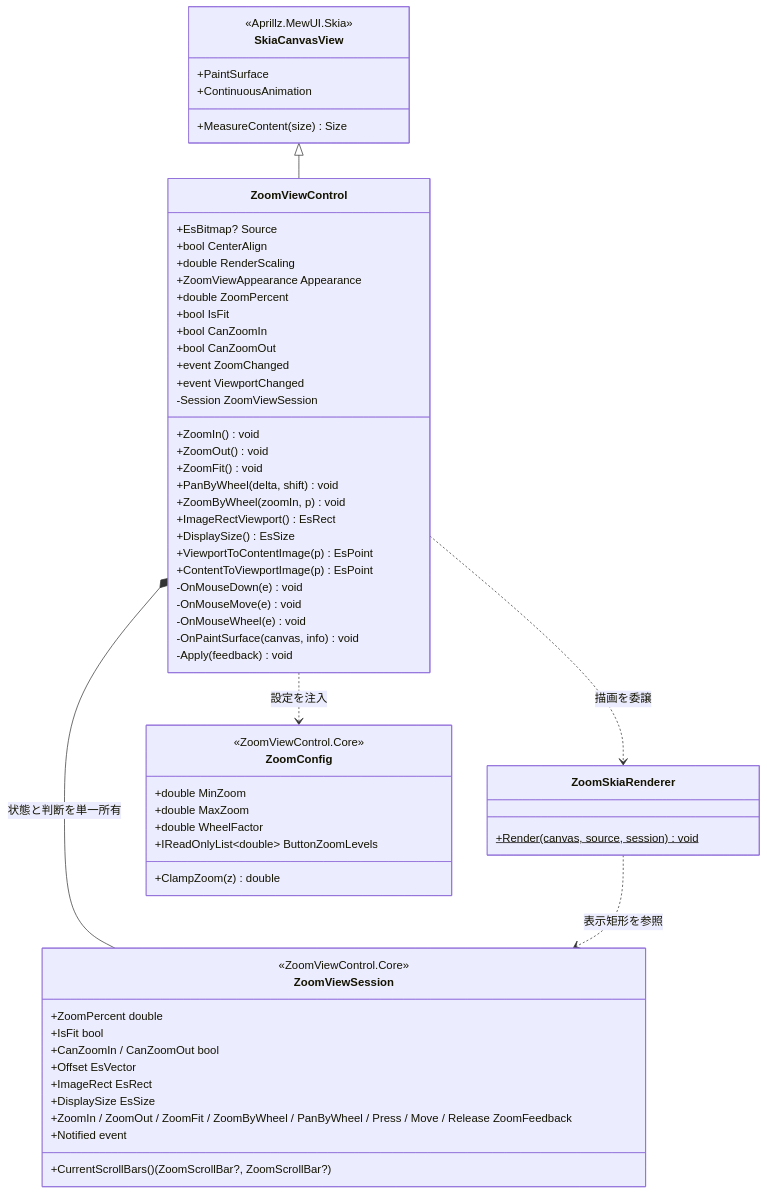
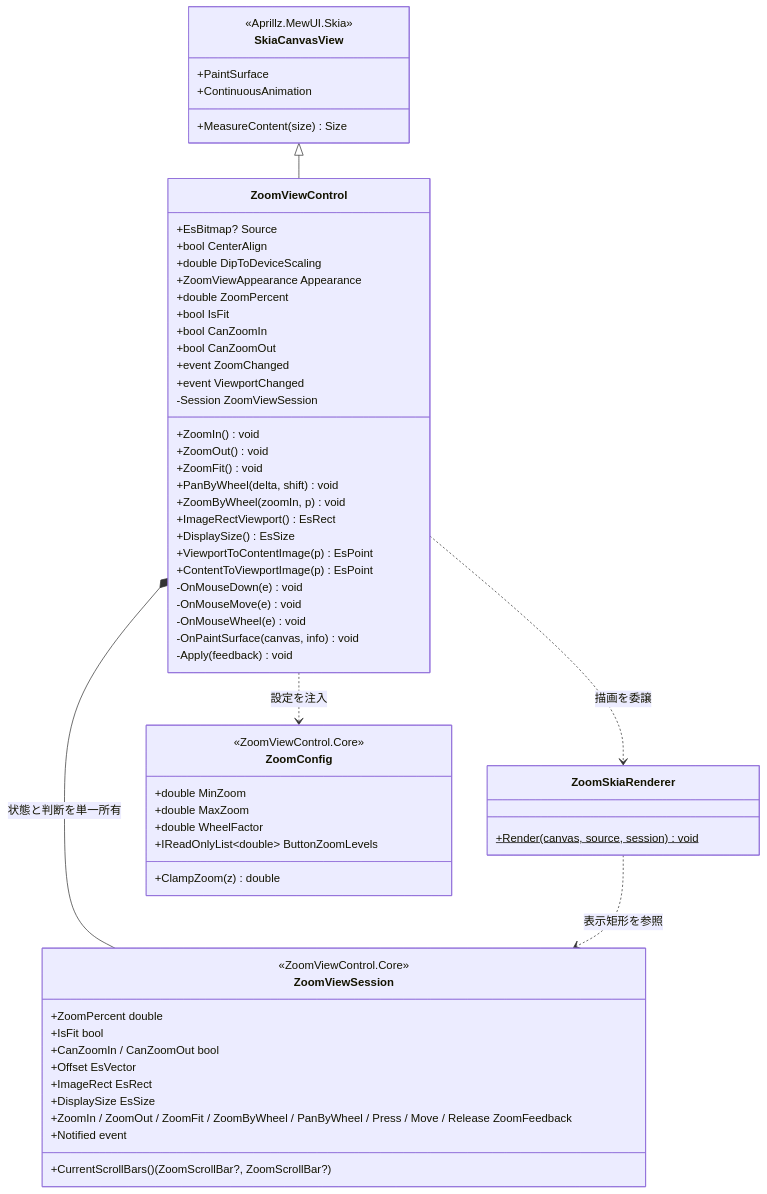
One commit to tomokuni/SaveEvidence changed the first of 4 diagrams in src/ZoomViewControl.MewUI/SPEC_System.md. Above: the diagram before and after it, drawn with Mermaid. The commit also changed other lines of this file and 70 other files, not shown here.

````diff
--- a/src/ZoomViewControl.MewUI/SPEC_System.md
+++ b/src/ZoomViewControl.MewUI/SPEC_System.md
@@ -81,65 +81,65 @@
 ```mermaid
 classDiagram
     class SkiaCanvasView {
         <<Aprillz.MewUI.Skia>>
         +PaintSurface
         +ContinuousAnimation
         +MeasureContent(size) Size
     }
     class ZoomViewControl {
         +EsBitmap? Source
         +bool CenterAlign
-        +double RenderScaling
+        +double DipToDeviceScaling
         +ZoomViewAppearance Appearance
         +double ZoomPercent
         +bool IsFit
         +bool CanZoomIn
         +bool CanZoomOut
         +ZoomIn() void
         +ZoomOut() void
         +ZoomFit() void
         +PanByWheel(delta, shift) void
         +ZoomByWheel(zoomIn, p) void
         +ImageRectViewport() EsRect
         +DisplaySize() EsSize
         +ViewportToContentImage(p) EsPoint
         +ContentToViewportImage(p) EsPoint
         +event ZoomChanged
         +event ViewportChanged
         -Session ZoomViewSession
         -OnMouseDown(e) void
         -OnMouseMove(e) void
         -OnMouseWheel(e) void
         -OnPaintSurface(canvas, info) void
         -Apply(feedback) void
     }
     class ZoomSkiaRenderer {
         +Render(canvas, source, session)$ void
     }
     class ZoomViewSession {
         <<ZoomViewControl.Core>>
         +ZoomPercent double
         +IsFit bool
         +CanZoomIn / CanZoomOut bool
         +Offset EsVector
         +ImageRect EsRect
         +DisplaySize EsSize
         +CurrentScrollBars() (ZoomScrollBar?, ZoomScrollBar?)
         +ZoomIn / ZoomOut / ZoomFit / ZoomByWheel / PanByWheel / Press / Move / Release ZoomFeedback
         +Notified event
     }
     class ZoomConfig {
         <<ZoomViewControl.Core>>
         +double MinZoom
         +double MaxZoom
         +double WheelFactor
         +IReadOnlyList~double~ ButtonZoomLevels
         +ClampZoom(z) double
     }
 
     SkiaCanvasView <|-- ZoomViewControl
     ZoomViewControl *-- ZoomViewSession : 状態と判断を単一所有
     ZoomViewControl ..> ZoomSkiaRenderer : 描画を委譲
     ZoomViewControl ..> ZoomConfig : 設定を注入
     ZoomSkiaRenderer ..> ZoomViewSession : 表示矩形を参照
 ```
````
